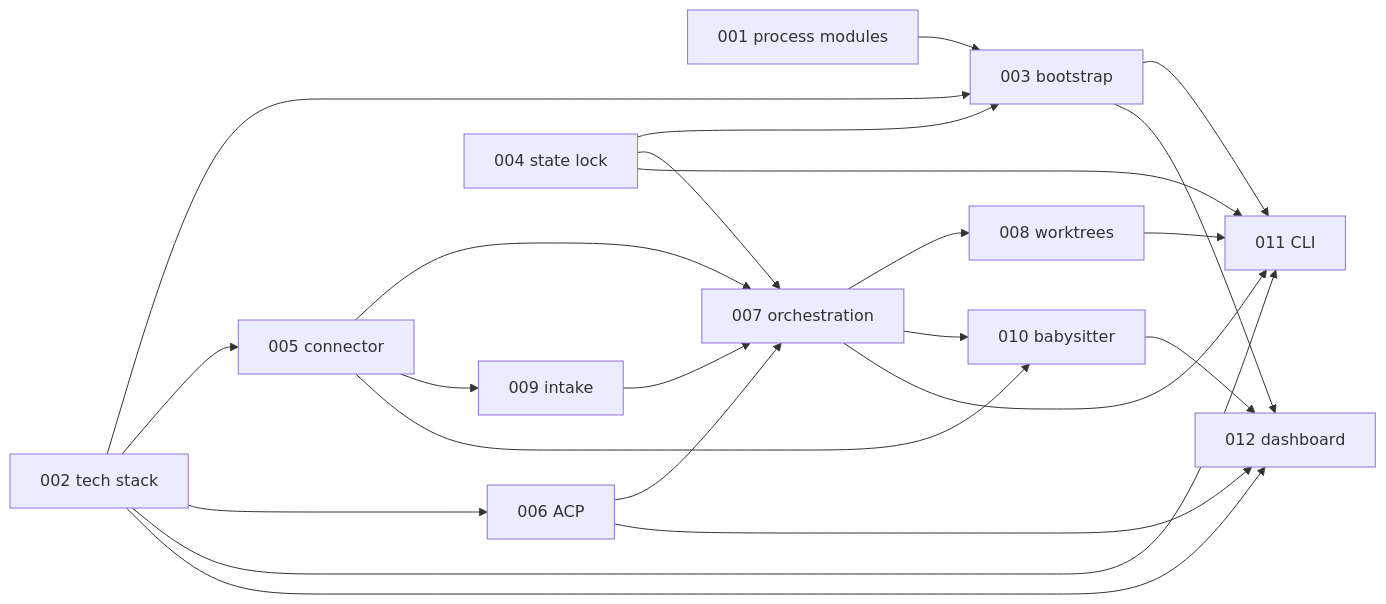
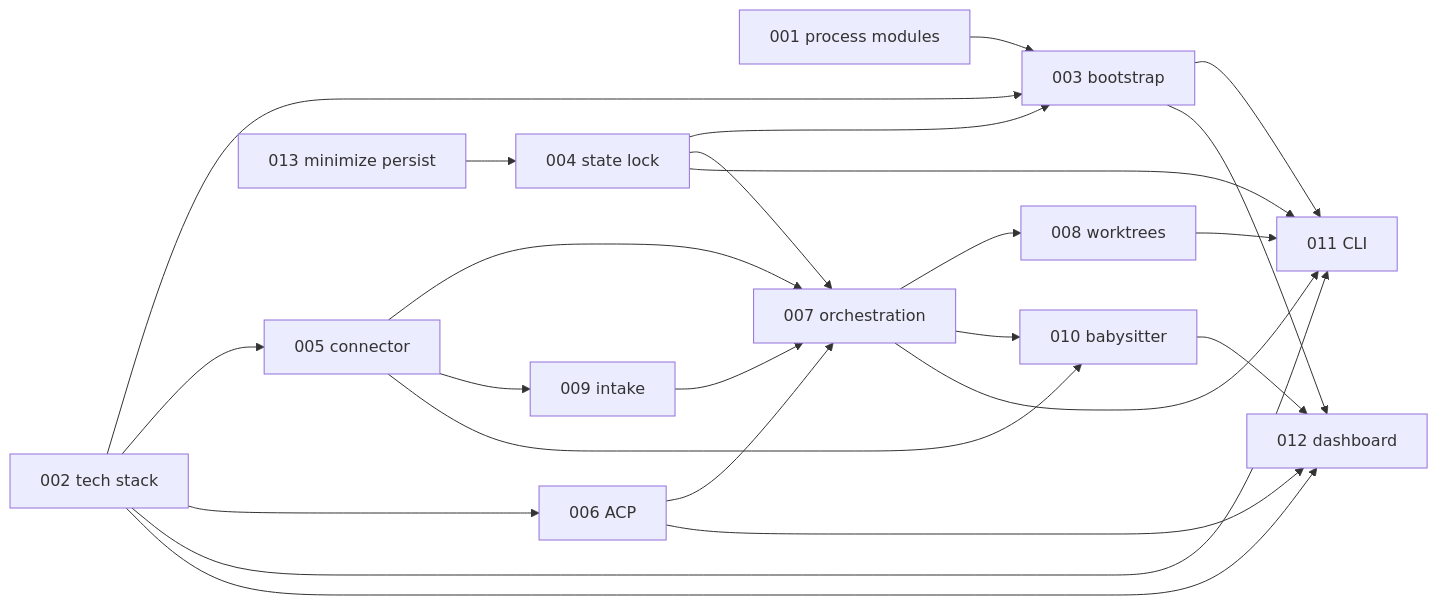
Before and after one commit to waigore/orkie: the diagram in spec/adr/README.md, drawn with Mermaid. The commit also changed other lines of this file and 36 other files, not shown here.

First line of the commit message:
Minimize persisted local state to lock, logs, and worktrees.

````diff
--- a/spec/adr/README.md
+++ b/spec/adr/README.md
@@ -96,25 +97,26 @@
 ```mermaid
 flowchart LR
   ADR001[001 process modules] --> ADR003[003 bootstrap]
   ADR002[002 tech stack] --> ADR003
   ADR002 --> ADR005[005 connector]
   ADR002 --> ADR006[006 ACP]
   ADR002 --> ADR011[011 CLI]
   ADR002 --> ADR012[012 dashboard]
-  ADR004[004 state lock] --> ADR003
+  ADR013[013 minimize persist] --> ADR004[004 state lock]
+  ADR004 --> ADR003
   ADR004 --> ADR007[007 orchestration]
   ADR005 --> ADR007
   ADR005 --> ADR009[009 intake]
   ADR005 --> ADR010[010 babysitter]
   ADR009 --> ADR007
   ADR006 --> ADR007
   ADR007 --> ADR008[008 worktrees]
   ADR007 --> ADR010
   ADR004 --> ADR011
   ADR008 --> ADR011
   ADR003 --> ADR011
   ADR007 --> ADR011
   ADR003 --> ADR012
   ADR006 --> ADR012
   ADR010 --> ADR012
 ```
````
